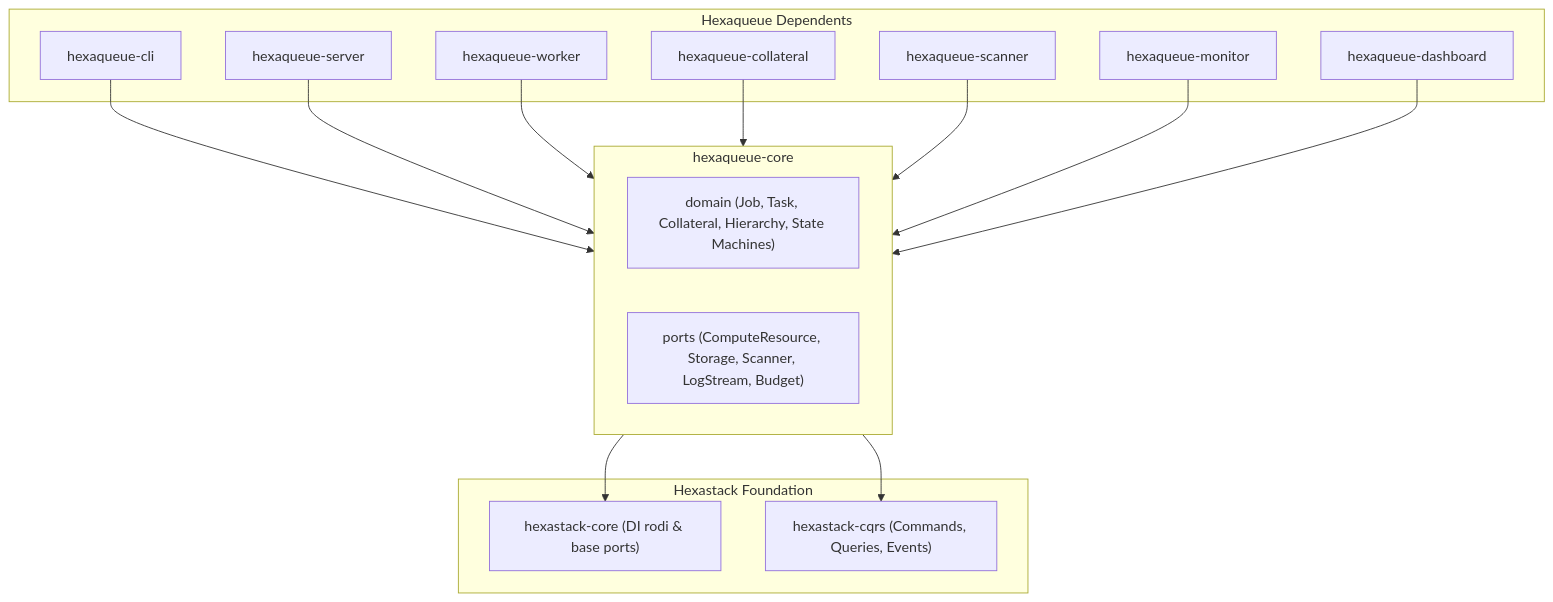
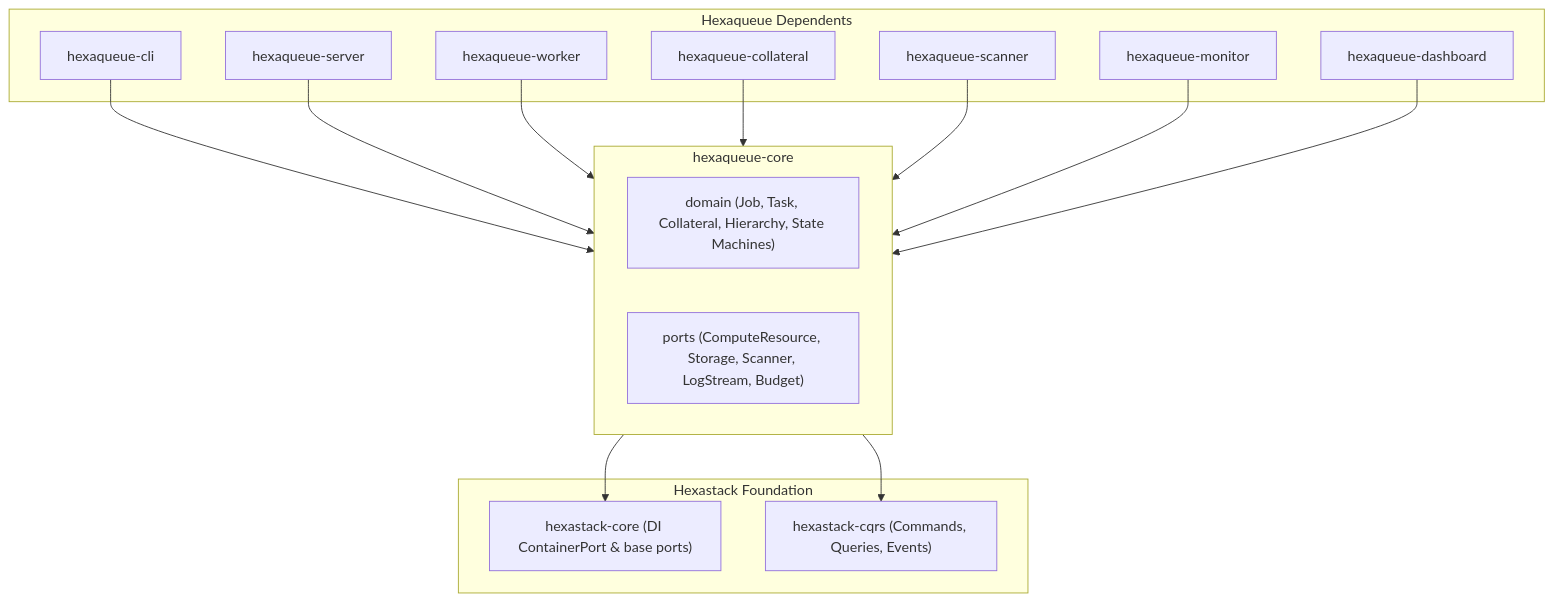
The diagram in packages/hexaqueue_core/README.md (TheTrueSCU/hexaqueue), drawn with Mermaid before and after one commit. The commit also changed 10 other files, not shown here.

Commit message:
refactor(arch): adopt hexastack v0.11.0 container neutrality and hermetic test isolation

````diff
--- a/packages/hexaqueue_core/README.md
+++ b/packages/hexaqueue_core/README.md
@@ -19,33 +19,33 @@
 ```mermaid
 graph TD
     subgraph S1["Hexaqueue Dependents"]
         CLI["hexaqueue-cli"]
         SERVER["hexaqueue-server"]
         WORKER["hexaqueue-worker"]
         COLLATERAL["hexaqueue-collateral"]
         SCANNER["hexaqueue-scanner"]
         MONITOR["hexaqueue-monitor"]
         DASH["hexaqueue-dashboard"]
     end
 
     subgraph S2["hexaqueue-core"]
         DOMAIN["domain (Job, Task, Collateral, Hierarchy, State Machines)"]
         PORTS["ports (ComputeResource, Storage, Scanner, LogStream, Budget)"]
     end
 
     subgraph S3["Hexastack Foundation"]
-        HS_CORE["hexastack-core (DI rodi & base ports)"]
+        HS_CORE["hexastack-core (DI ContainerPort & base ports)"]
         HS_CQRS["hexastack-cqrs (Commands, Queries, Events)"]
     end
 
     CLI --> S2
     SERVER --> S2
     WORKER --> S2
     COLLATERAL --> S2
     SCANNER --> S2
     MONITOR --> S2
     DASH --> S2
 
     S2 --> HS_CORE
     S2 --> HS_CQRS
 ```
````
